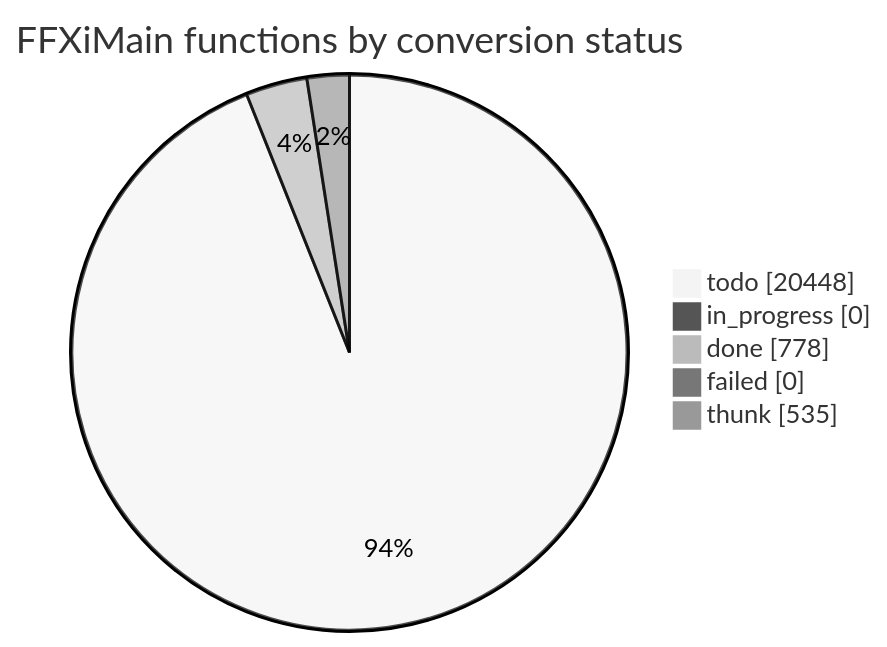
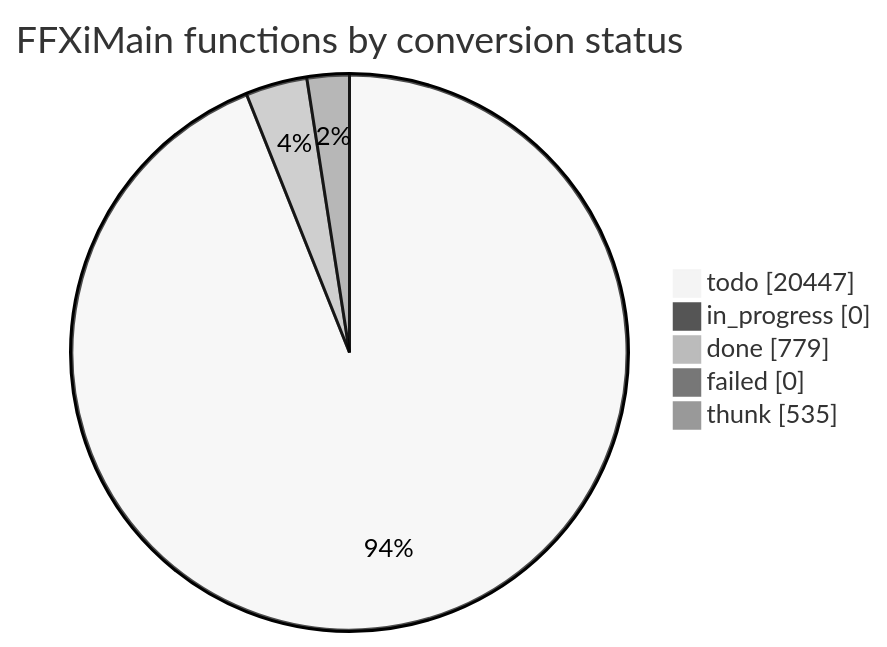
The diagram in docs/cow/STATUS.md (cowrevenge/cow_kuluu_xi_anything), drawn with Mermaid (neutral theme) before and after one commit. The commit also changed other lines of this file and 9 other files, not shown here.

````diff
--- a/docs/cow/STATUS.md
+++ b/docs/cow/STATUS.md
@@ -18,9 +18,9 @@
 ```mermaid
 pie showData
     title FFXiMain functions by conversion status
-    "todo" : 20448
+    "todo" : 20447
     "in_progress" : 0
-    "done" : 778
+    "done" : 779
     "failed" : 0
     "thunk" : 535
 ```
````
